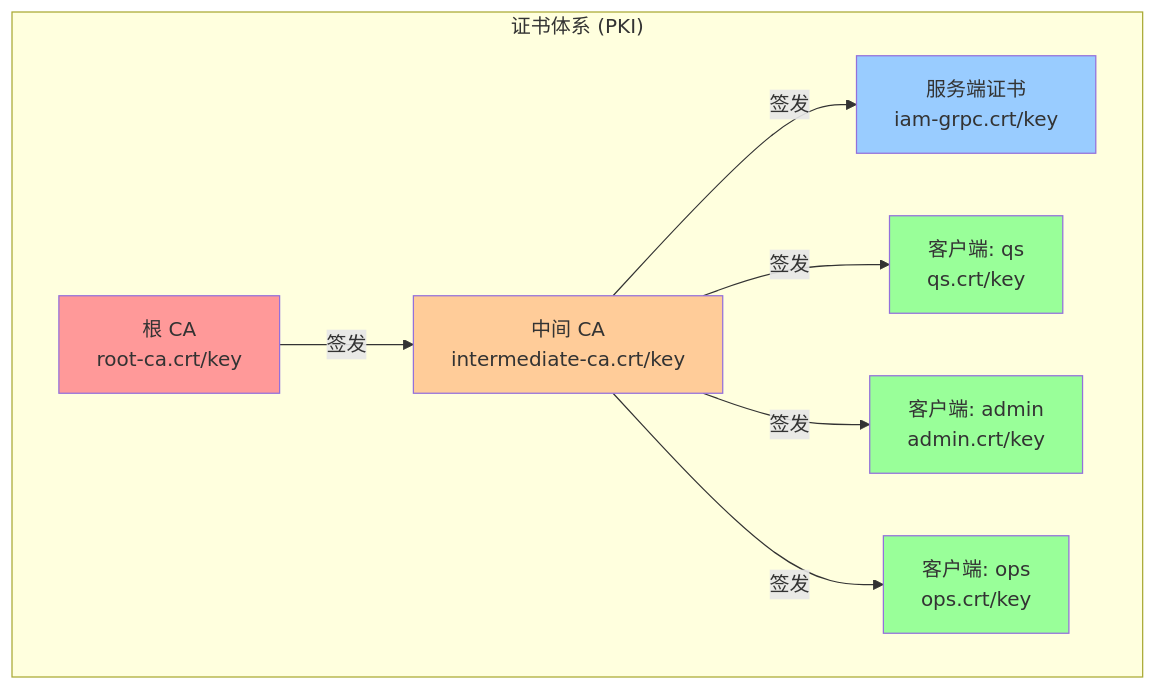
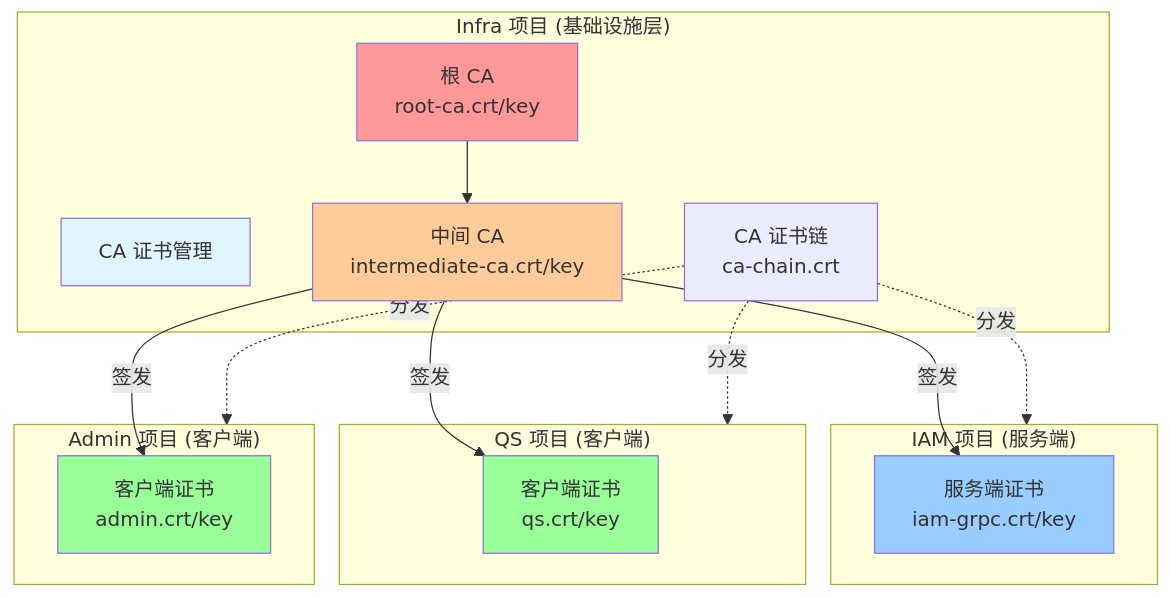
Before and after one commit to FangcunMount/iam-contracts: the third of 8 diagrams in docs/00-概览/03-grpc服务设计.md, drawn with Mermaid. The commit also changed other lines of this file and 10 other files, not shown here.

````diff
--- a/docs/00-概览/03-grpc服务设计.md
+++ b/docs/00-概览/03-grpc服务设计.md
@@ -82,24 +131,36 @@
 ```mermaid
 flowchart TB
-    subgraph PKI["证书体系 (PKI)"]
+    subgraph Infra["Infra 项目 (基础设施层)"]
+        CA[CA 证书管理]
         ROOT[根 CA<br/>root-ca.crt/key]
-        INT[中间 CA<br/>intermediate-ca.crt/key]
-        SERVER[服务端证书<br/>iam-grpc.crt/key]
-        CLIENT1[客户端: qs<br/>qs.crt/key]
-        CLIENT2[客户端: admin<br/>admin.crt/key]
-        CLIENT3[客户端: ops<br/>ops.crt/key]
+        INTER[中间 CA<br/>intermediate-ca.crt/key]
+        CHAIN[CA 证书链<br/>ca-chain.crt]
     end
     
-    ROOT -->|签发| INT
-    INT -->|签发| SERVER
-    INT -->|签发| CLIENT1
-    INT -->|签发| CLIENT2
-    INT -->|签发| CLIENT3
+    subgraph IAM["IAM 项目 (服务端)"]
+        IAM_SERVER[服务端证书<br/>iam-grpc.crt/key]
+    end
     
+    subgraph QS["QS 项目 (客户端)"]
+        QS_CLIENT[客户端证书<br/>qs.crt/key]
+    end
+    
+    subgraph Admin["Admin 项目 (客户端)"]
+        ADMIN_CLIENT[客户端证书<br/>admin.crt/key]
+    end
+    
+    ROOT --> INTER
+    INTER -->|签发| IAM_SERVER
+    INTER -->|签发| QS_CLIENT
+    INTER -->|签发| ADMIN_CLIENT
+    CHAIN -.->|分发| IAM
+    CHAIN -.->|分发| QS
+    CHAIN -.->|分发| Admin
+    
+    style CA fill:#e1f5ff
     style ROOT fill:#ff9999
-    style INT fill:#ffcc99
-    style SERVER fill:#99ccff
-    style CLIENT1 fill:#99ff99
-    style CLIENT2 fill:#99ff99
-    style CLIENT3 fill:#99ff99
+    style INTER fill:#ffcc99
+    style IAM_SERVER fill:#99ccff
+    style QS_CLIENT fill:#99ff99
+    style ADMIN_CLIENT fill:#99ff99
 ```
````
